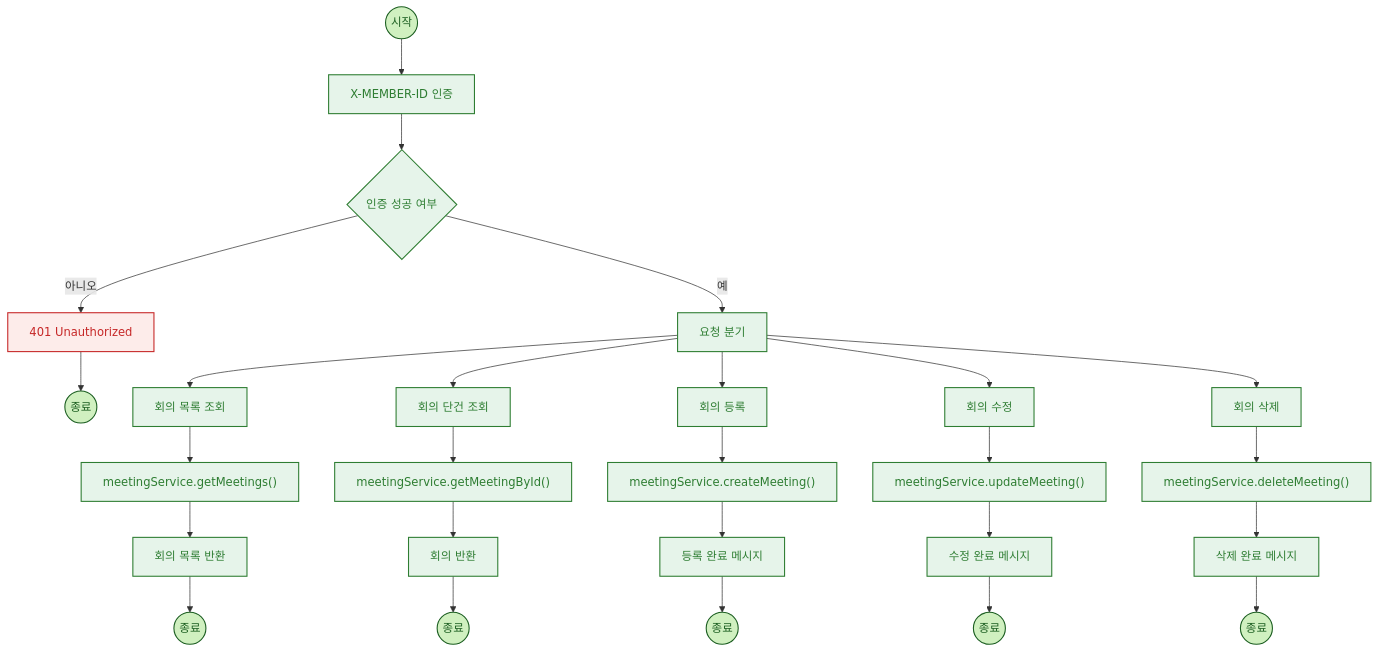
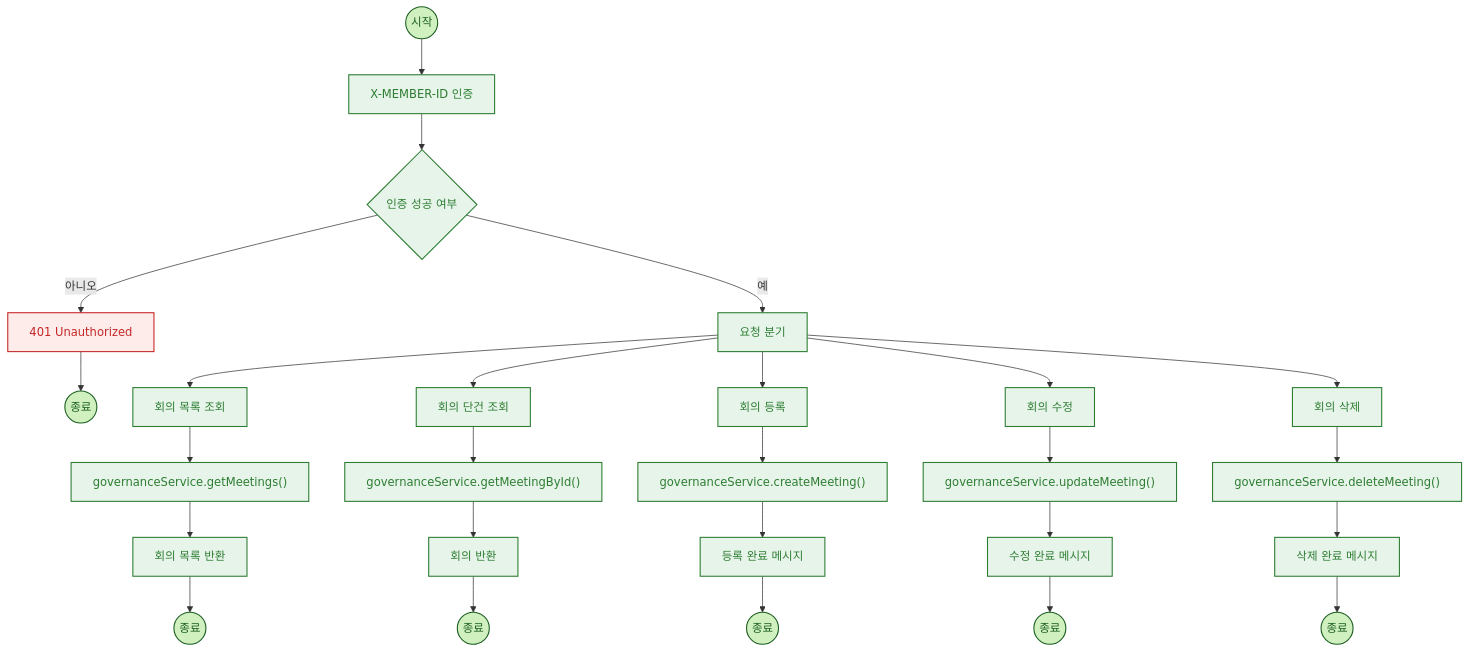
Before and after one commit to NextSpringMysqlMSA/tcfd-service: the second of 8 diagrams in README.md, drawn with Mermaid. The commit also changed other lines of this file, not shown here.

Commit message:
refactor:flowchart 수정

````diff
--- a/README.md
+++ b/README.md
@@ -53,54 +53,54 @@
 ```mermaid
 flowchart TD
     %% 스타일 정의 
     classDef process fill:#e6f4ea,stroke:#2e7d32,stroke-width:1.5px,color:#2e7d32
     classDef decision fill:#e6f4ea,stroke:#2e7d32,stroke-width:1.5px,color:#2e7d32
     classDef endpoint fill:#d0f0c0,stroke:#1b5e20,stroke-width:1.5px,color:#1b5e20
     classDef service fill:#e6f4ea,stroke:#2e7d32,stroke-width:1.5px,color:#2e7d32
     classDef response fill:#e6f4ea,stroke:#2e7d32,stroke-width:1.5px,color:#2e7d32
     classDef error fill:#fdecea,stroke:#c62828,stroke-width:1.5px,color:#c62828
 
     %% 공통 시작 및 인증 처리
     Start((시작)) --> Auth["X-MEMBER-ID 인증"]
     Auth --> AuthCheck{"인증 성공 여부"}
     AuthCheck -- "아니오" --> Error401["401 Unauthorized"] --> EndErr((종료))
     AuthCheck -- "예" --> Router["요청 분기"]
 
     %% 목록 조회
     Router --> GetList["회의 목록 조회"]
-    GetList --> SvcList["meetingService.getMeetings()"]
+    GetList --> SvcList["governanceService.getMeetings()"]
     SvcList --> RespList["회의 목록 반환"]
     RespList --> End1((종료))
 
     %% 단건 조회
     Router --> GetOne["회의 단건 조회"]
-    GetOne --> SvcOne["meetingService.getMeetingById()"]
+    GetOne --> SvcOne["governanceService.getMeetingById()"]
     SvcOne --> RespOne["회의 반환"]
     RespOne --> End2((종료))
 
     %% 등록
     Router --> Create["회의 등록"]
-    Create --> SvcCreate["meetingService.createMeeting()"]
+    Create --> SvcCreate["governanceService.createMeeting()"]
     SvcCreate --> RespCreate["등록 완료 메시지"]
     RespCreate --> End3((종료))
 
     %% 수정
     Router --> Update["회의 수정"]
-    Update --> SvcUpdate["meetingService.updateMeeting()"]
+    Update --> SvcUpdate["governanceService.updateMeeting()"]
     SvcUpdate --> RespUpdate["수정 완료 메시지"]
     RespUpdate --> End4((종료))
 
     %% 삭제
     Router --> Delete["회의 삭제"]
-    Delete --> SvcDelete["meetingService.deleteMeeting()"]
+    Delete --> SvcDelete["governanceService.deleteMeeting()"]
     SvcDelete --> RespDelete["삭제 완료 메시지"]
     RespDelete --> End5((종료))
     
     %% 스타일 적용
     class Start,End1,End2,End3,End4,End5,EndErr endpoint
     class Auth,GetList,GetOne,Create,Update,Delete,Router process
     class AuthCheck decision
     class SvcList,SvcOne,SvcCreate,SvcUpdate,SvcDelete service
     class RespList,RespOne,RespCreate,RespUpdate,RespDelete response
     class Error401 error
 ```
````
